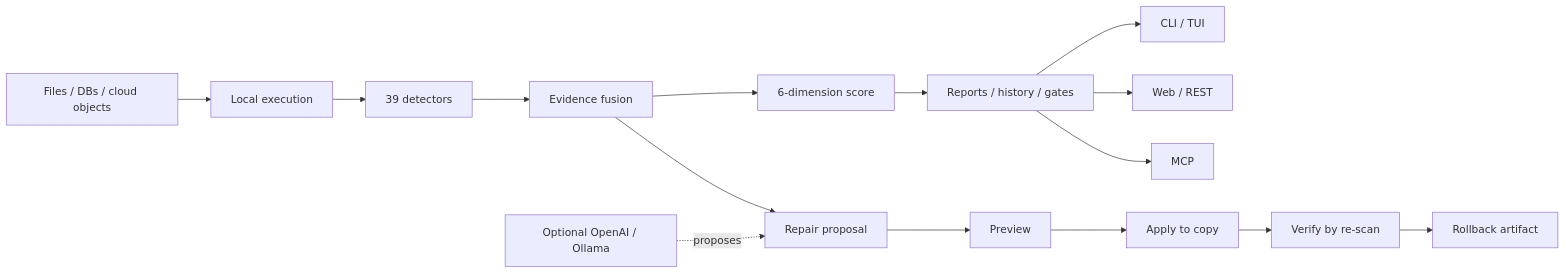
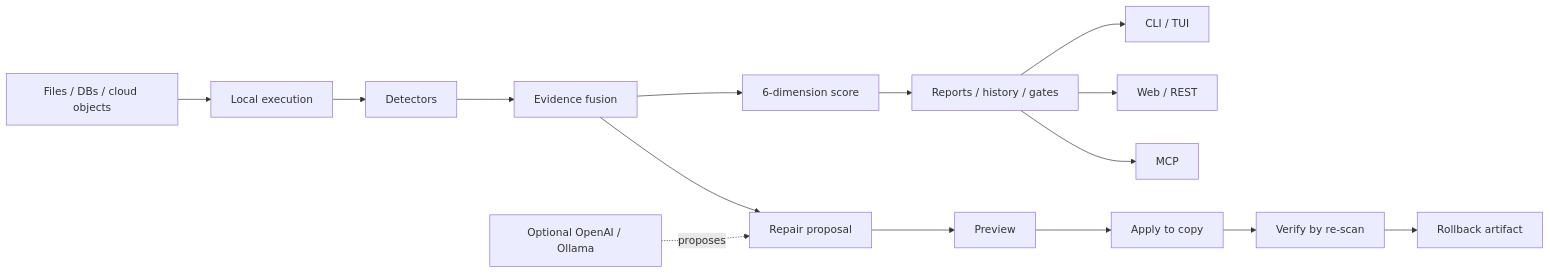
One commit to Jackxiaozhiren/datasentry changed the diagram in README.md. Above: the diagram before and after it, drawn with Mermaid. The commit also changed other lines of this file and 3 other files, not shown here.

````diff
--- a/README.md
+++ b/README.md
@@ -227,17 +236,17 @@
 ```mermaid
 flowchart LR
     Sources[Files / DBs / cloud objects] --> DuckDB[Local execution]
-    DuckDB --> Detect[39 detectors]
+    DuckDB --> Detect[Detectors]
     Detect --> Evidence[Evidence fusion]
     Evidence --> Score[6-dimension score]
     Score --> Reports[Reports / history / gates]
     Reports --> CLI[CLI / TUI]
     Reports --> Web[Web / REST]
     Reports --> MCP[MCP]
     Evidence --> Proposal[Repair proposal]
     Proposal --> Preview[Preview]
     Preview --> Apply[Apply to copy]
     Apply --> Verify[Verify by re-scan]
     Verify --> Rollback[Rollback artifact]
     LLM[Optional OpenAI / Ollama] -. proposes .-> Proposal
 ```
````
